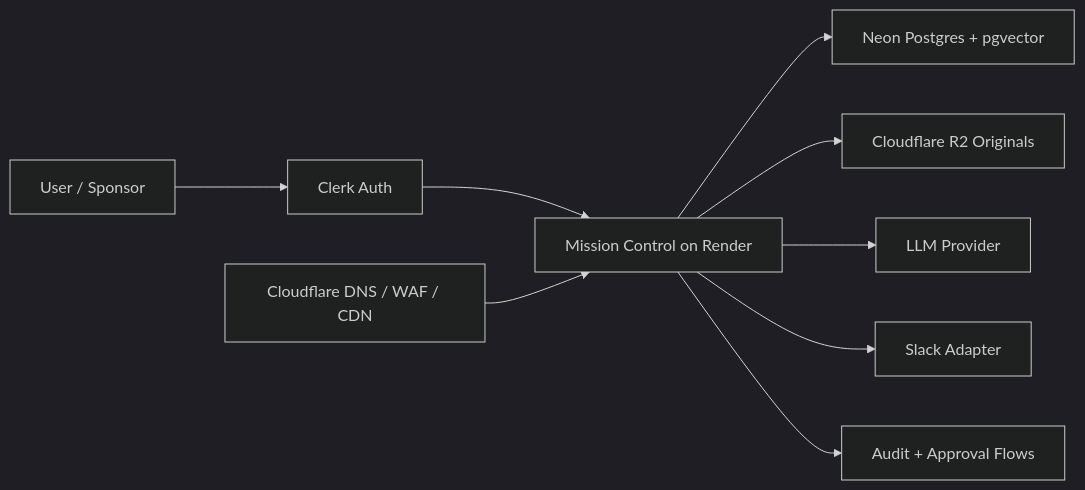
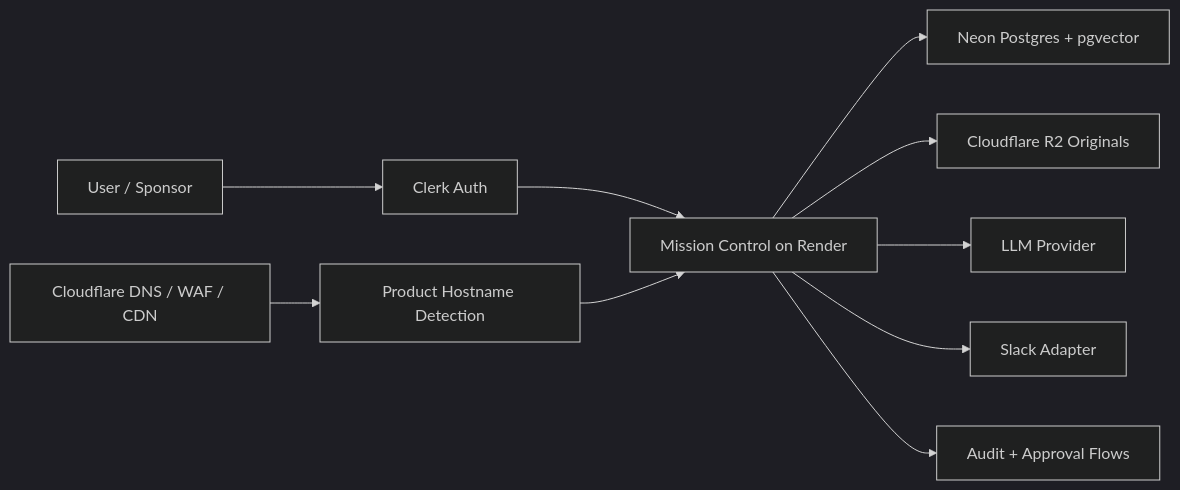
Before and after one commit to asjanjua/nexus-core: the diagram in docs/INFRA_DECISION_MEMO.md, drawn with Mermaid (dark theme). The commit also changed other lines of this file and 8 other files, not shown here.

````diff
--- a/docs/INFRA_DECISION_MEMO.md
+++ b/docs/INFRA_DECISION_MEMO.md
@@ -57,11 +60,12 @@
 ```mermaid
 flowchart LR
   User["User / Sponsor"] --> Clerk["Clerk Auth"]
   Clerk --> App["Mission Control on Render"]
   App --> DB["Neon Postgres + pgvector"]
   App --> R2["Cloudflare R2 Originals"]
   App --> LLM["LLM Provider"]
   App --> Slack["Slack Adapter"]
   App --> Audit["Audit + Approval Flows"]
-  CF["Cloudflare DNS / WAF / CDN"] --> App
+  CF["Cloudflare DNS / WAF / CDN"] --> DomainRouter["Product Hostname Detection"]
+  DomainRouter --> App
 ```
````
